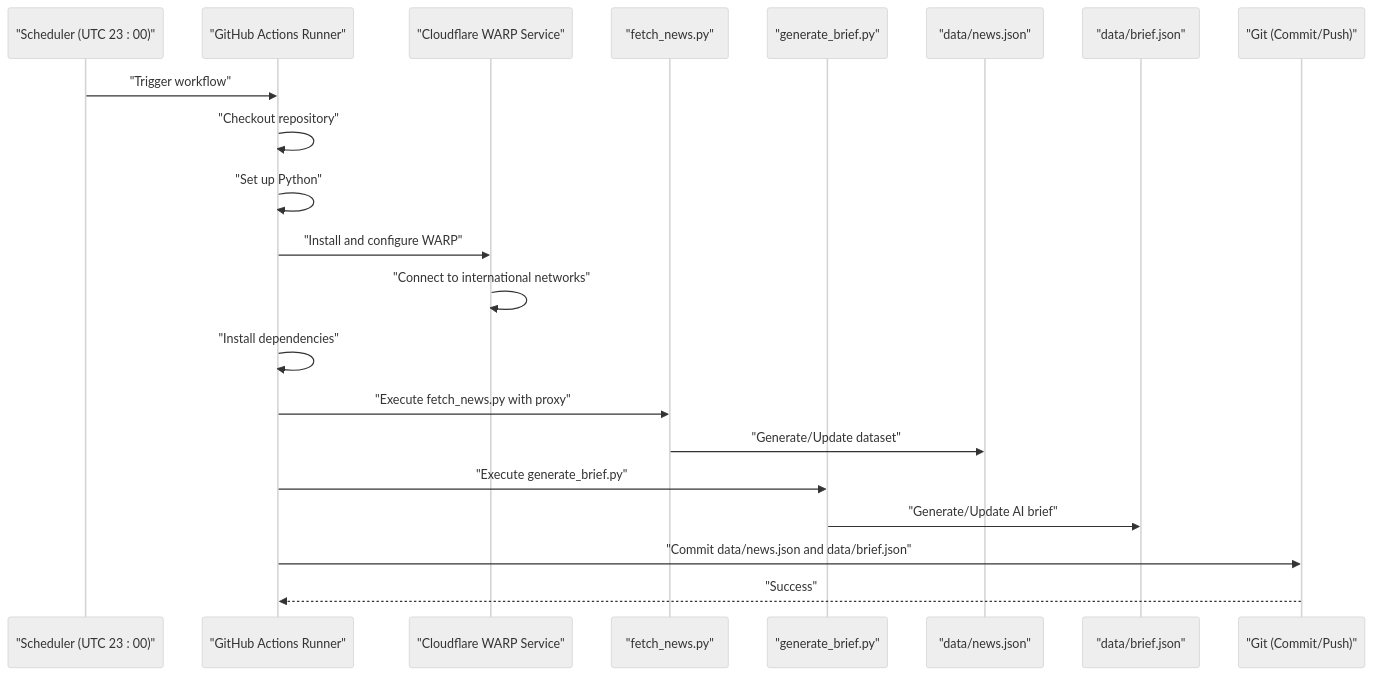
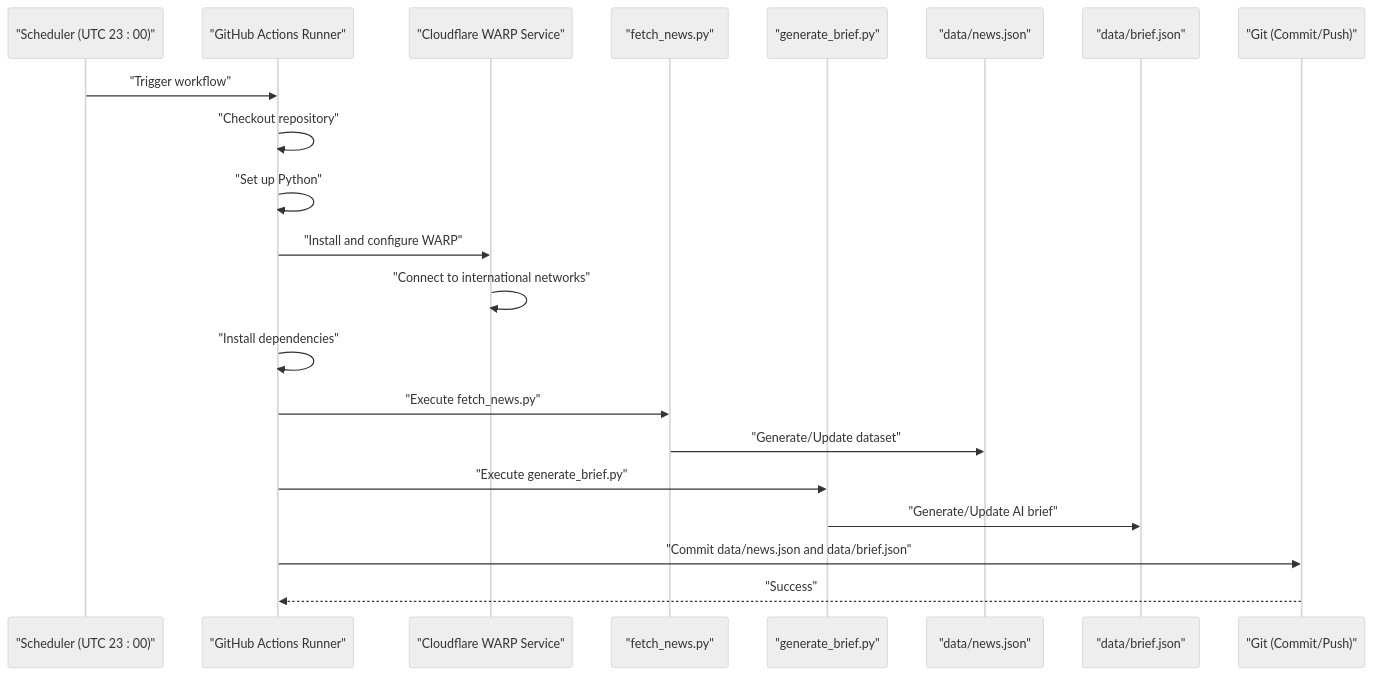
The second of 8 diagrams in .qoder/repowiki/en/content/Deployment & Automation.md (junxie01/daily_news), drawn with Mermaid (neutral theme) before and after one commit. The commit also changed other lines of this file and 5 other files, not shown here.

````diff
--- a/.qoder/repowiki/en/content/Deployment & Automation.md
+++ b/.qoder/repowiki/en/content/Deployment & Automation.md
@@ -122,23 +119,23 @@
 ```mermaid
 sequenceDiagram
 participant Scheduler as "Scheduler (UTC 23 : 00)"
 participant Actions as "GitHub Actions Runner"
 participant WARP as "Cloudflare WARP Service"
 participant Fetcher as "fetch_news.py"
 participant BriefGen as "generate_brief.py"
 participant NewsData as "data/news.json"
 participant BriefData as "data/brief.json"
 participant VCS as "Git (Commit/Push)"
 Scheduler->>Actions : "Trigger workflow"
 Actions->>Actions : "Checkout repository"
 Actions->>Actions : "Set up Python"
 Actions->>WARP : "Install and configure WARP"
 WARP->>WARP : "Connect to international networks"
 Actions->>Actions : "Install dependencies"
-Actions->>Fetcher : "Execute fetch_news.py with proxy"
+Actions->>Fetcher : "Execute fetch_news.py"
 Fetcher->>NewsData : "Generate/Update dataset"
 Actions->>BriefGen : "Execute generate_brief.py"
 BriefGen->>BriefData : "Generate/Update AI brief"
 Actions->>VCS : "Commit data/news.json and data/brief.json"
 VCS-->>Actions : "Success"
 ```
````
